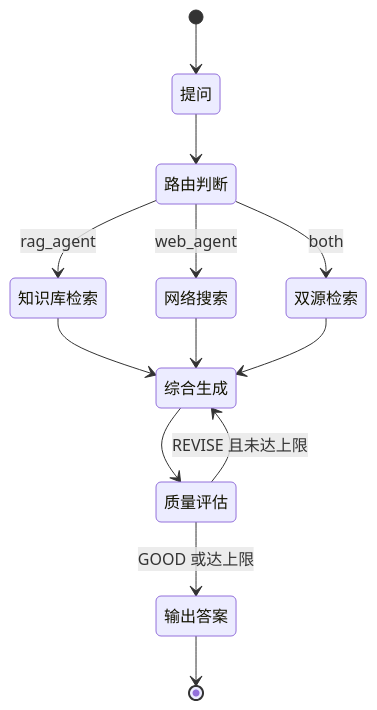
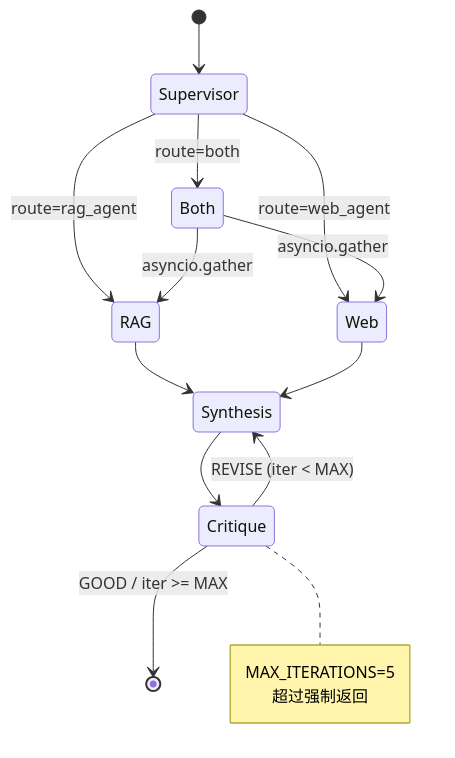
Diagram 16 of 16 in docs/omnirag_learning_doc.md (asfhkkkvh/agent), drawn with Mermaid before and after one commit. The commit also changed other lines of this file and 23 other files, not shown here.

First line of the commit message:
feat: LLM 迁移智谱 GLM + 移除知识图谱 + RAGAS 改轻量评估

````diff
--- a/docs/omnirag_learning_doc.md
+++ b/docs/omnirag_learning_doc.md
@@ -1108,15 +1480,18 @@
 ```mermaid
 stateDiagram-v2
-    [*] --> 提问
-    提问 --> 路由判断
-    路由判断 --> 知识库检索: rag_agent
-    路由判断 --> 网络搜索: web_agent
-    路由判断 --> 双源检索: both
-    知识库检索 --> 综合生成
-    网络搜索 --> 综合生成
-    双源检索 --> 综合生成
-    综合生成 --> 质量评估
-    质量评估 --> 综合生成: REVISE 且未达上限
-    质量评估 --> 输出答案: GOOD 或达上限
-    输出答案 --> [*]
+    [*] --> Supervisor
+    Supervisor --> RAG : route=rag_agent
+    Supervisor --> Web : route=web_agent
+    Supervisor --> Both : route=both
+    Both --> RAG : asyncio.gather
+    Both --> Web : asyncio.gather
+    RAG --> Synthesis
+    Web --> Synthesis
+    Synthesis --> Critique
+    Critique --> Synthesis : REVISE (iter < MAX)
+    Critique --> [*] : GOOD / iter >= MAX
+    note right of Critique
+        MAX_ITERATIONS=5
+        超过强制返回
+    end note
 ```
````
